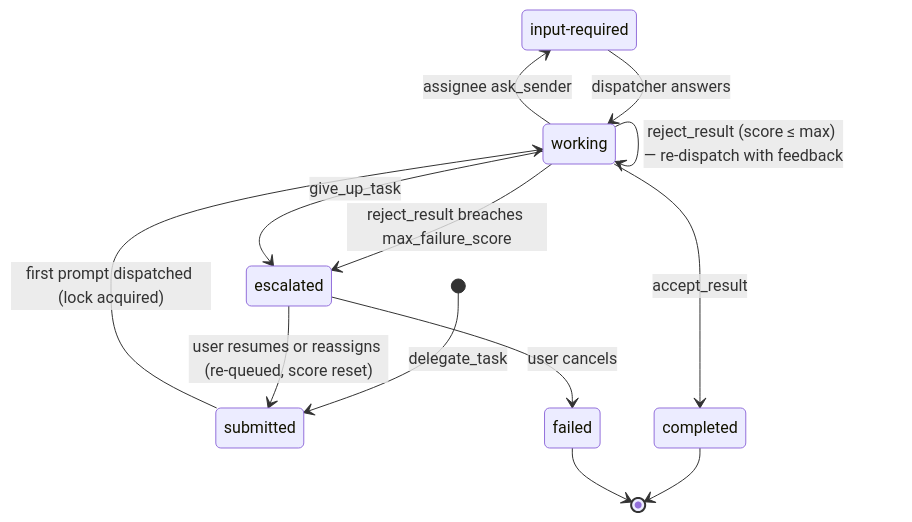
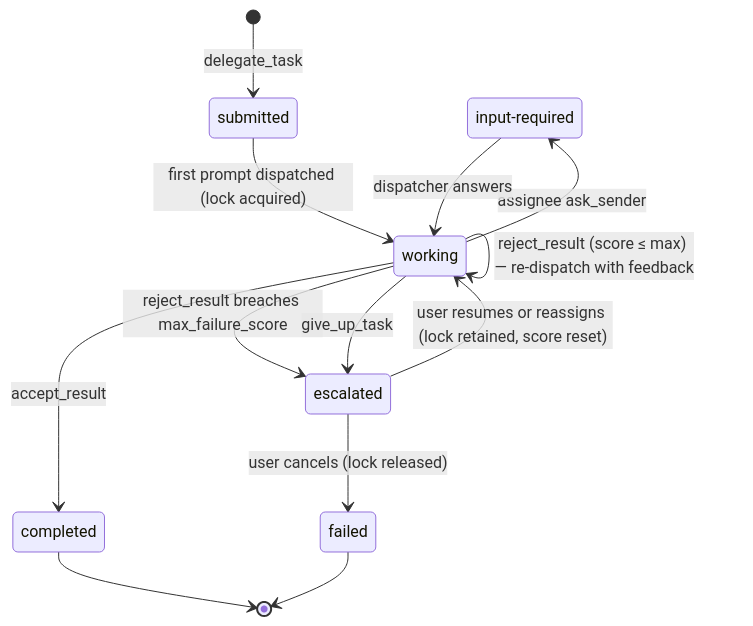
The first of 2 diagrams in docs/design/agent-orchestration.md (pandazxx/codex-slack), drawn with Mermaid before and after one commit. The commit also changed other lines of this file and 1 other file, not shown here.

First line of the commit message:
docs: address PR #257 review round 2 — answer_question tool, closed flows, lock keeps worktree safe

````diff
--- a/docs/design/agent-orchestration.md
+++ b/docs/design/agent-orchestration.md
@@ -233,16 +233,16 @@
 ```mermaid
 stateDiagram-v2
     state "input-required" as input_required
     [*] --> submitted: delegate_task
     submitted --> working: first prompt dispatched (lock acquired)
     working --> input_required: assignee ask_sender
     input_required --> working: dispatcher answers
     working --> working: reject_result (score ≤ max) — re-dispatch with feedback
     working --> completed: accept_result
     working --> escalated: reject_result breaches max_failure_score
     working --> escalated: give_up_task
-    escalated --> submitted: user resumes or reassigns (re-queued, score reset)
-    escalated --> failed: user cancels
+    escalated --> working: user resumes or reassigns (lock retained, score reset)
+    escalated --> failed: user cancels (lock released)
     completed --> [*]
     failed --> [*]
 ```
````
